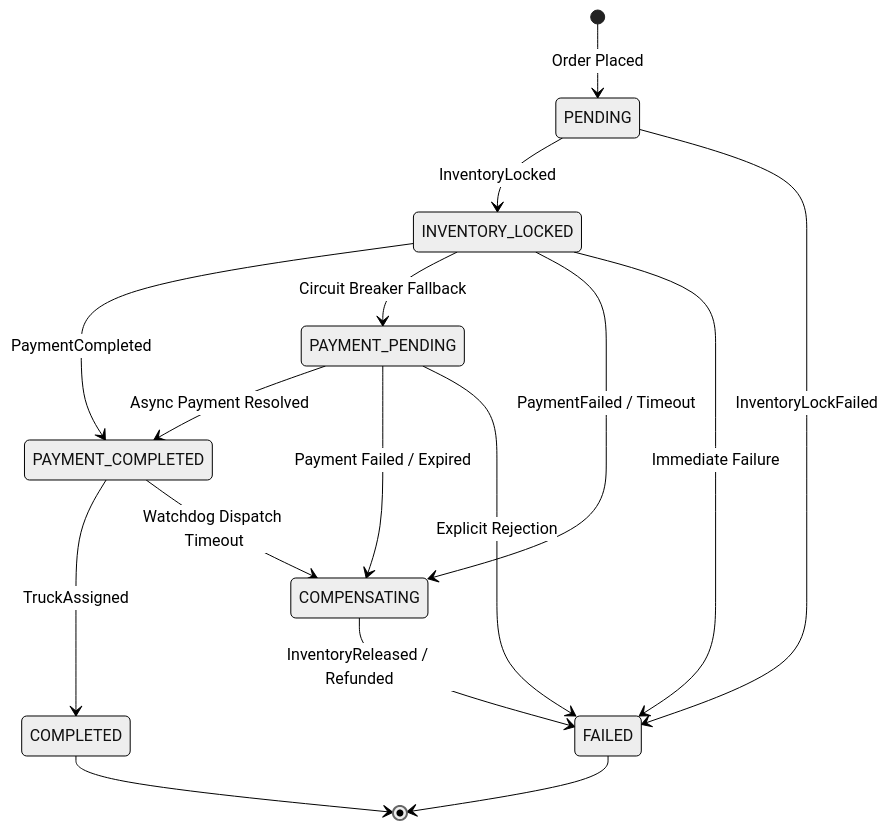
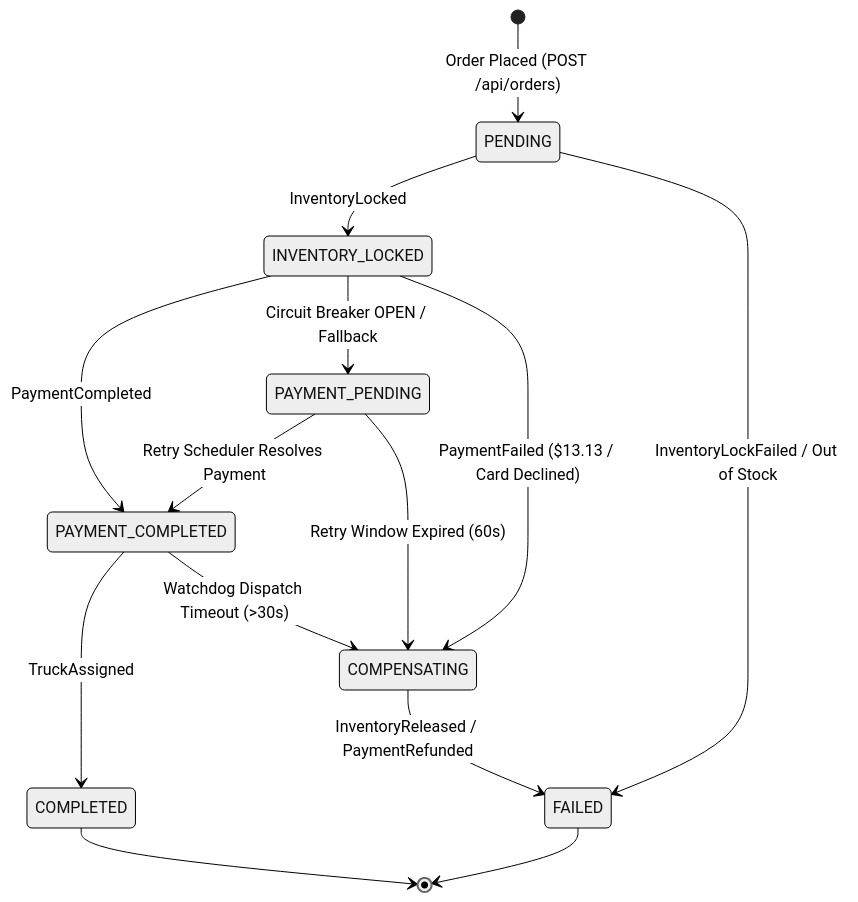
One commit to Nausheen2206/OmniRoute changed the second of 2 diagrams in omniroute/README.md. Above: the diagram before and after it, drawn with Mermaid (neutral theme). The commit also changed other lines of this file, not shown here.

Commit message:
docs: finalize comprehensive README with architecture, ports, resilience, load test and future work

````diff
--- a/omniroute/README.md
+++ b/omniroute/README.md
@@ -143,22 +114,20 @@
 ```mermaid
 stateDiagram-v2
-    [*] --> PENDING: Order Placed
+    [*] --> PENDING: Order Placed (POST /api/orders)
     PENDING --> INVENTORY_LOCKED: InventoryLocked
-    PENDING --> FAILED: InventoryLockFailed
+    PENDING --> FAILED: InventoryLockFailed / Out of Stock
 
     INVENTORY_LOCKED --> PAYMENT_COMPLETED: PaymentCompleted
-    INVENTORY_LOCKED --> PAYMENT_PENDING: Circuit Breaker Fallback
-    INVENTORY_LOCKED --> COMPENSATING: PaymentFailed / Timeout
-    INVENTORY_LOCKED --> FAILED: Immediate Failure
+    INVENTORY_LOCKED --> PAYMENT_PENDING: Circuit Breaker OPEN / Fallback
+    INVENTORY_LOCKED --> COMPENSATING: PaymentFailed ($13.13 / Card Declined)
 
-    PAYMENT_PENDING --> PAYMENT_COMPLETED: Async Payment Resolved
-    PAYMENT_PENDING --> COMPENSATING: Payment Failed / Expired
-    PAYMENT_PENDING --> FAILED: Explicit Rejection
+    PAYMENT_PENDING --> PAYMENT_COMPLETED: Retry Scheduler Resolves Payment
+    PAYMENT_PENDING --> COMPENSATING: Retry Window Expired (60s)
 
     PAYMENT_COMPLETED --> COMPLETED: TruckAssigned
-    PAYMENT_COMPLETED --> COMPENSATING: Watchdog Dispatch Timeout
+    PAYMENT_COMPLETED --> COMPENSATING: Watchdog Dispatch Timeout (>30s)
 
-    COMPENSATING --> FAILED: InventoryReleased / Refunded
+    COMPENSATING --> FAILED: InventoryReleased / PaymentRefunded
     COMPLETED --> [*]
     FAILED --> [*]
 ```
````
